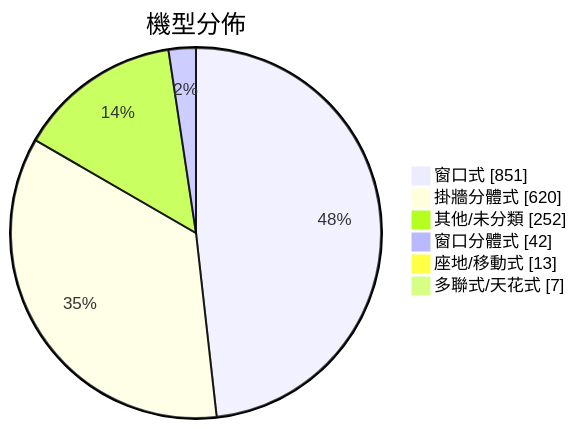
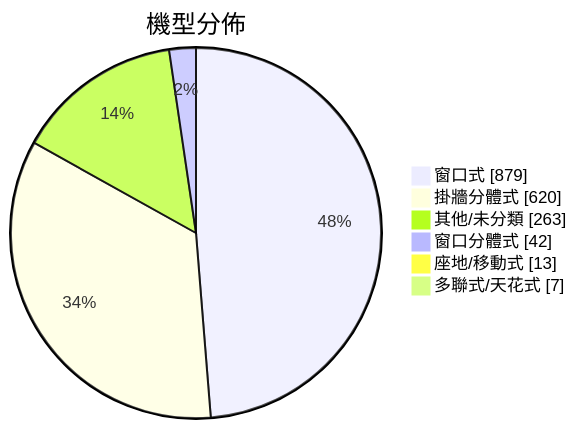
Before and after one commit to CalvinLau1012/aircon-compare: the second of 7 diagrams in README.md, drawn with Mermaid. The commit also changed other lines of this file and 96 other files, not shown here.

````diff
--- a/README.md
+++ b/README.md
@@ -53,9 +56,9 @@
 ```mermaid
 pie showData title 機型分佈
-    "窗口式" : 851
+    "窗口式" : 879
     "掛牆分體式" : 620
-    "其他/未分類" : 252
+    "其他/未分類" : 263
     "窗口分體式" : 42
     "座地/移動式" : 13
     "多聯式/天花式" : 7
 ```
````
